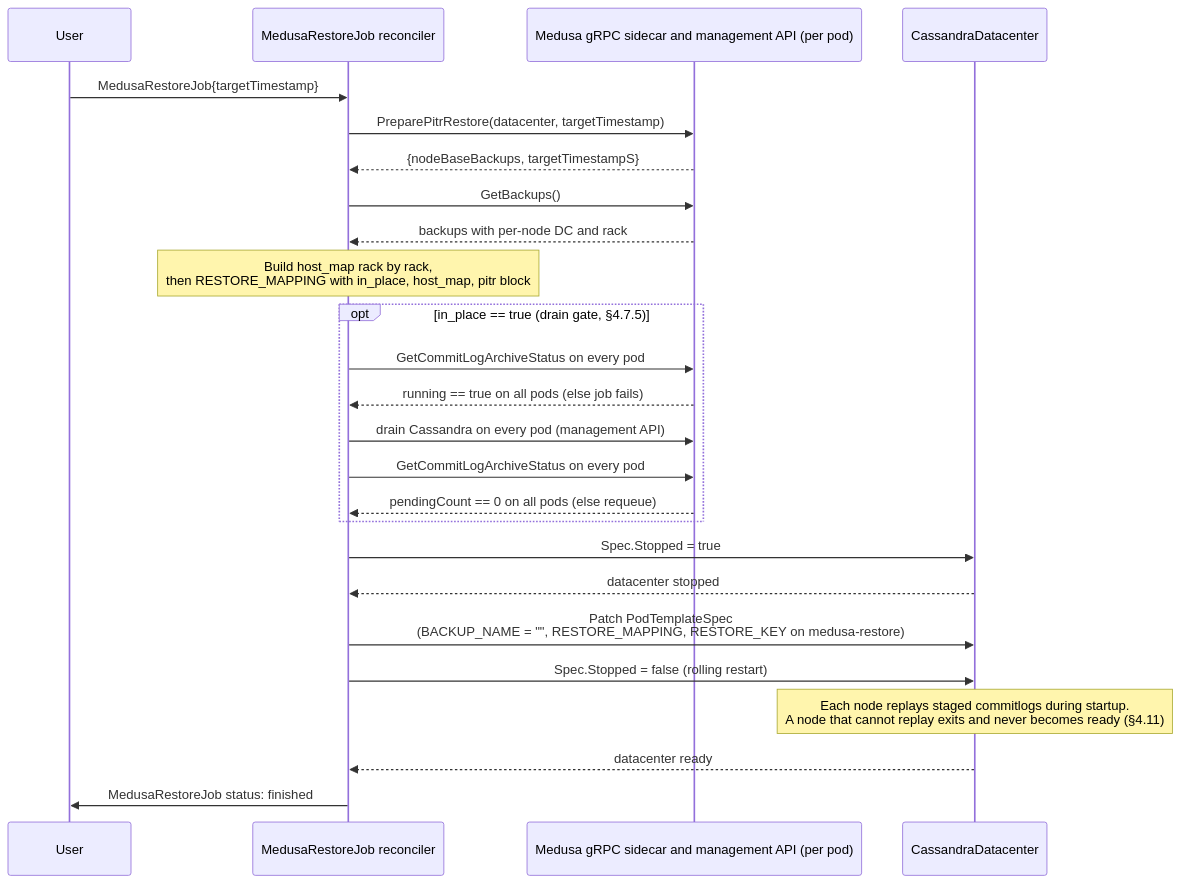
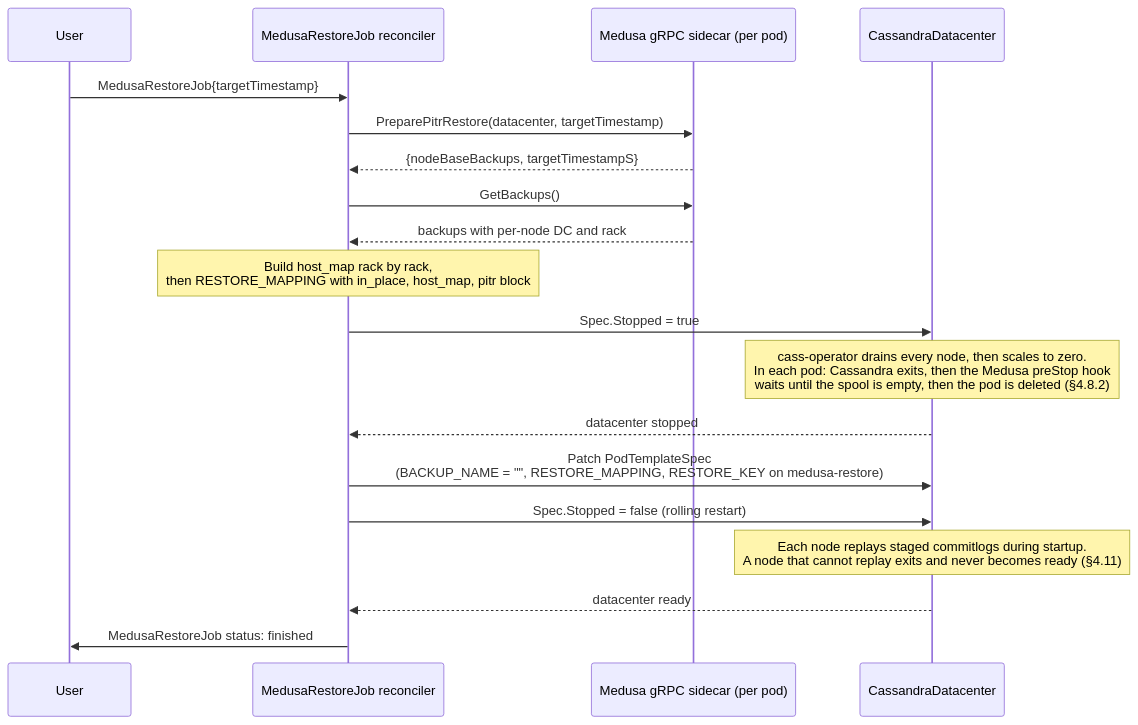
Before and after one commit to k8ssandra/k8ssandra-operator: the second of 2 diagrams in dev-docs/designs/pitr-k8ssandra-operator-design.md, drawn with Mermaid. The commit also changed other lines of this file and 1 other file, not shown here.

````diff
--- a/dev-docs/designs/pitr-k8ssandra-operator-design.md
+++ b/dev-docs/designs/pitr-k8ssandra-operator-design.md
@@ -153,28 +149,22 @@
 ```mermaid
 sequenceDiagram
     participant User
     participant Reconciler as MedusaRestoreJob reconciler
-    participant Medusa as Medusa gRPC sidecar and management API (per pod)
+    participant Medusa as Medusa gRPC sidecar (per pod)
     participant DC as CassandraDatacenter
 
     User->>Reconciler: MedusaRestoreJob{targetTimestamp}
     Reconciler->>Medusa: PreparePitrRestore(datacenter, targetTimestamp)
     Medusa-->>Reconciler: {nodeBaseBackups, targetTimestampS}
     Reconciler->>Medusa: GetBackups()
     Medusa-->>Reconciler: backups with per-node DC and rack
     Note over Reconciler: Build host_map rack by rack,<br>then RESTORE_MAPPING with in_place, host_map, pitr block
-    opt in_place == true (drain gate, §4.7.5)
-        Reconciler->>Medusa: GetCommitLogArchiveStatus on every pod
-        Medusa-->>Reconciler: running == true on all pods (else job fails)
-        Reconciler->>Medusa: drain Cassandra on every pod (management API)
-        Reconciler->>Medusa: GetCommitLogArchiveStatus on every pod
-        Medusa-->>Reconciler: pendingCount == 0 on all pods (else requeue)
-    end
     Reconciler->>DC: Spec.Stopped = true
+    Note over DC: cass-operator drains every node, then scales to zero.<br>In each pod: Cassandra exits, then the Medusa preStop hook<br>waits until the spool is empty, then the pod is deleted (§4.8.2)
     DC-->>Reconciler: datacenter stopped
     Reconciler->>DC: Patch PodTemplateSpec<br>(BACKUP_NAME = "", RESTORE_MAPPING, RESTORE_KEY on medusa-restore)
     Reconciler->>DC: Spec.Stopped = false (rolling restart)
     Note over DC: Each node replays staged commitlogs during startup.<br>A node that cannot replay exits and never becomes ready (§4.11)
     DC-->>Reconciler: datacenter ready
     Reconciler->>User: MedusaRestoreJob status: finished
 ```
````
